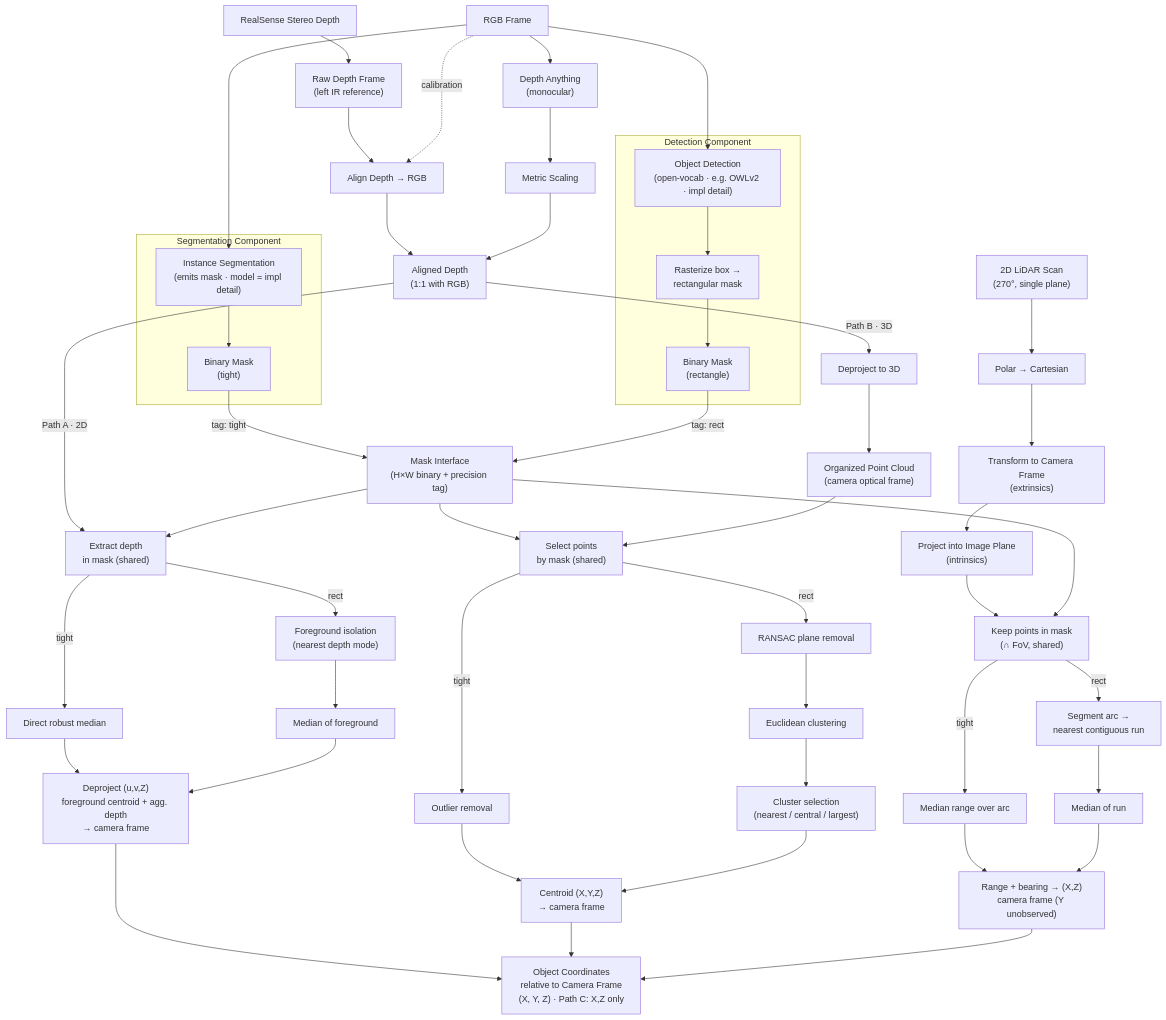
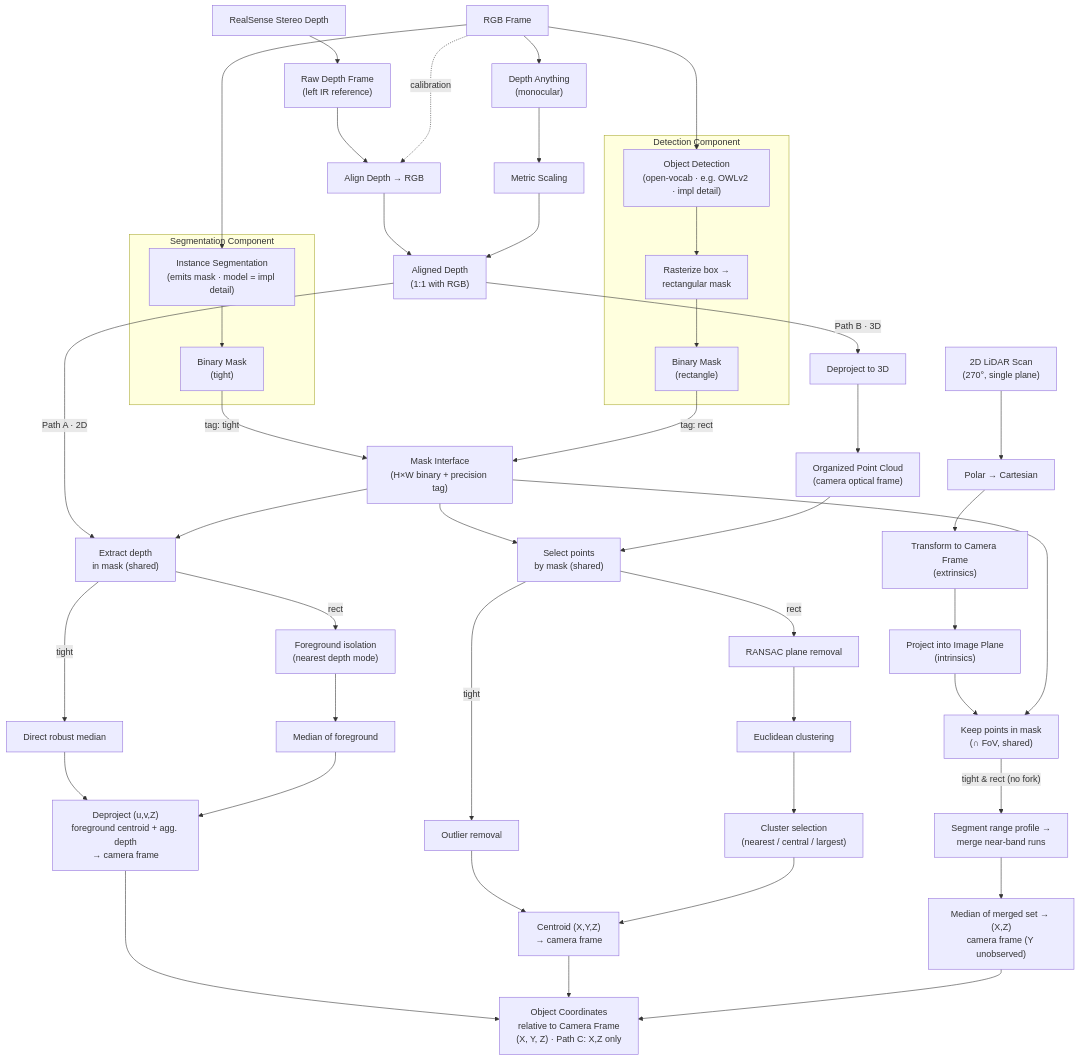
The diagram in object_localization_documentation/Object_Localization_Pipeline.md (Cognitive-Software-Labs/DyNAMO-Ridgeback), drawn with Mermaid before and after one commit. The commit also changed other lines of this file and 7 other files, not shown here.

````diff
--- a/object_localization_documentation/Object_Localization_Pipeline.md
+++ b/object_localization_documentation/Object_Localization_Pipeline.md
@@ -83,59 +83,56 @@
 ```mermaid
 flowchart TD
     RGB["RGB Frame"]
 
     subgraph SEGCOMP["Segmentation Component"]
         SEG["Instance Segmentation<br/>(emits mask · model = impl detail)"] --> MASK_S["Binary Mask<br/>(tight)"]
     end
     subgraph DETCOMP["Detection Component"]
         DET["Object Detection<br/>(open-vocab · e.g. OWLv2 · impl detail)"] --> RAST["Rasterize box →<br/>rectangular mask"]
         RAST --> MASK_B["Binary Mask<br/>(rectangle)"]
     end
     RGB --> SEG
     RGB --> DET
 
     MASK_S -->|"tag: tight"| IFACE["Mask Interface<br/>(H×W binary + precision tag)"]
     MASK_B -->|"tag: rect"| IFACE
 
     RGB --> DA["Depth Anything<br/>(monocular)"]
     STEREO["RealSense Stereo Depth"] --> RAW["Raw Depth Frame<br/>(left IR reference)"]
     RAW --> ALIGN["Align Depth → RGB"]
     RGB -.calibration.-> ALIGN
     ALIGN --> ALIGNED["Aligned Depth<br/>(1:1 with RGB)"]
     DA --> SCALE["Metric Scaling"]
     SCALE --> ALIGNED
 
     ALIGNED -->|"Path A · 2D"| EXTRACT["Extract depth<br/>in mask (shared)"]
     IFACE --> EXTRACT
     EXTRACT -->|tight| A_T["Direct robust median"]
     EXTRACT -->|rect| A_R["Foreground isolation<br/>(nearest depth mode)"]
     A_R --> A_R2["Median of foreground"]
     A_T --> A_COORD["Deproject (u,v,Z)<br/>foreground centroid + agg. depth<br/>→ camera frame"]
     A_R2 --> A_COORD
 
     ALIGNED -->|"Path B · 3D"| DEPROJ["Deproject to 3D"]
     DEPROJ --> CLOUD["Organized Point Cloud<br/>(camera optical frame)"]
     IFACE --> SELECT["Select points<br/>by mask (shared)"]
     CLOUD --> SELECT
     SELECT -->|tight| B_T["Outlier removal"]
     SELECT -->|rect| B_R1["RANSAC plane removal"]
     B_R1 --> B_R2["Euclidean clustering"]
     B_R2 --> B_R3["Cluster selection<br/>(nearest / central / largest)"]
     B_T --> B_COORD["Centroid (X,Y,Z)<br/>→ camera frame"]
     B_R3 --> B_COORD
 
     LIDAR["2D LiDAR Scan<br/>(270°, single plane)"] --> L_XY["Polar → Cartesian"]
     L_XY --> L_TF["Transform to Camera Frame<br/>(extrinsics)"]
     L_TF --> L_PROJ["Project into Image Plane<br/>(intrinsics)"]
     L_PROJ --> L_SEL["Keep points in mask<br/>(∩ FoV, shared)"]
     IFACE --> L_SEL
-    L_SEL -->|tight| C_T["Median range over arc"]
-    L_SEL -->|rect| C_R["Segment arc →<br/>nearest contiguous run"]
-    C_R --> C_R2["Median of run"]
-    C_T --> C_COORD["Range + bearing → (X,Z)<br/>camera frame (Y unobserved)"]
-    C_R2 --> C_COORD
+    L_SEL -->|"tight & rect (no fork)"| C_SEG["Segment range profile →<br/>merge near-band runs"]
+    C_SEG --> C_COORD["Median of merged set → (X,Z)<br/>camera frame (Y unobserved)"]
 
     A_COORD --> FINAL["Object Coordinates<br/>relative to Camera Frame<br/>(X, Y, Z) · Path C: X,Z only"]
     B_COORD --> FINAL
     C_COORD --> FINAL
 ```
````
